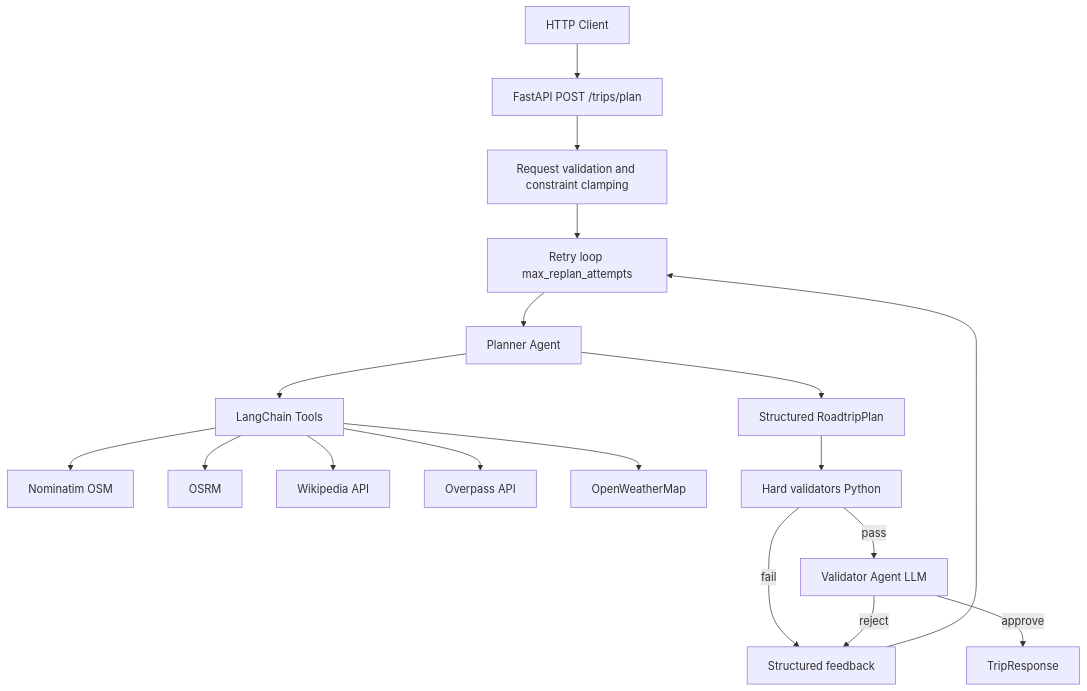
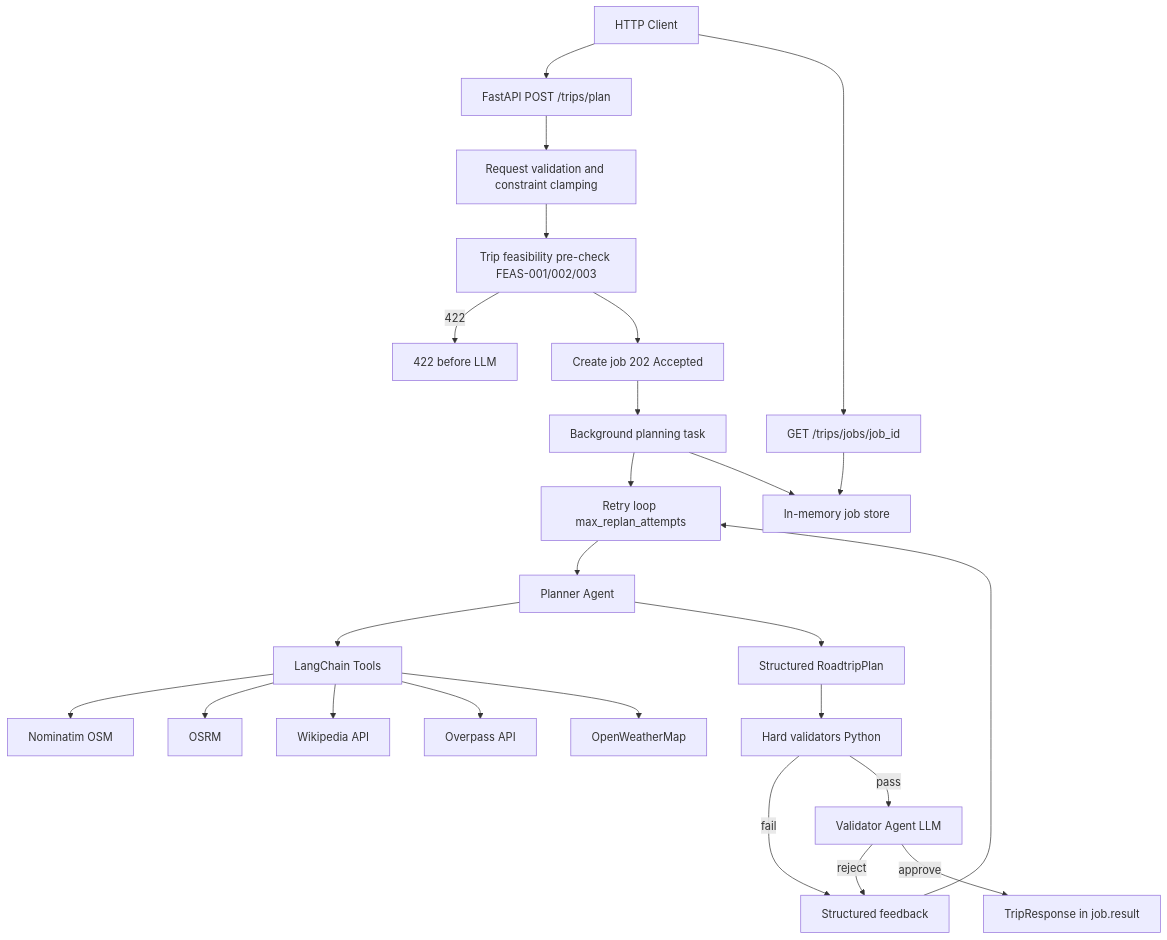
The first of 2 diagrams in PLAN.md (IsaacAGz/Roadtrip-Planner), drawn with Mermaid before and after one commit. The commit also changed other lines of this file and 40 other files, not shown here.

````diff
--- a/PLAN.md
+++ b/PLAN.md
@@ -41,20 +42,27 @@
 ```mermaid
 flowchart TD
     Client[HTTP Client] --> API[FastAPI POST /trips/plan]
     API --> PreCheck[Request validation and constraint clamping]
-    PreCheck --> Loop[Retry loop max_replan_attempts]
+    PreCheck --> FeasCheck[Trip feasibility pre-check FEAS-001/002/003]
+    FeasCheck -->|422| Reject422[422 before LLM]
+    FeasCheck --> JobCreate[Create job 202 Accepted]
+    JobCreate --> Background[Background planning task]
+    Background --> Loop[Retry loop max_replan_attempts]
+    Client --> Poll[GET /trips/jobs/job_id]
+    Poll --> JobStore[In-memory job store]
+    Background --> JobStore
     Loop --> Planner[Planner Agent]
     Planner --> Tools[LangChain Tools]
     Tools --> Nominatim[Nominatim OSM]
     Tools --> OSRM[OSRM]
     Tools --> Wiki[Wikipedia API]
     Tools --> Overpass[Overpass API]
     Tools --> OWM[OpenWeatherMap]
     Planner --> Draft[Structured RoadtripPlan]
     Draft --> HardVal[Hard validators Python]
     HardVal -->|fail| Feedback[Structured feedback]
     Feedback --> Loop
     HardVal -->|pass| SoftVal[Validator Agent LLM]
     SoftVal -->|reject| Feedback
-    SoftVal -->|approve| Response[TripResponse]
+    SoftVal -->|approve| Response[TripResponse in job.result]
 ```
````
